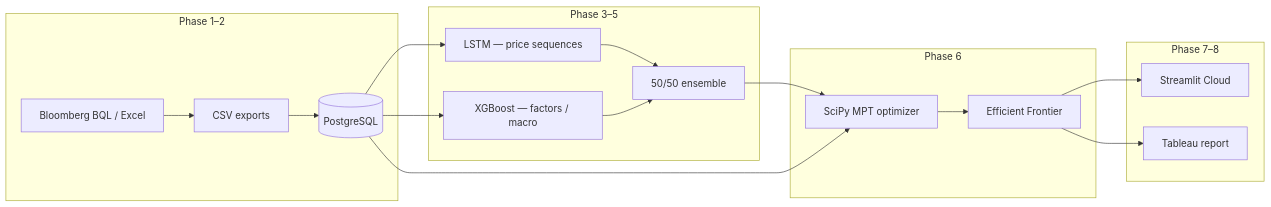
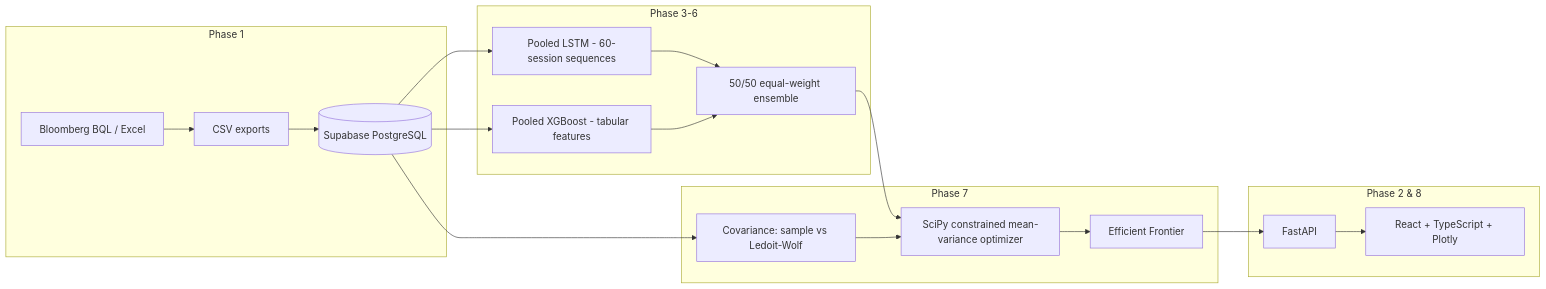
Before and after one commit to Kapil-Iyer/RiskFecta: the diagram in README.md, drawn with Mermaid. The commit also changed other lines of this file and 2 other files, not shown here.

Commit message:
Align Phase 0 repo with frozen V2 specs

````diff
--- a/README.md
+++ b/README.md
@@ -30,34 +28,36 @@
 ```mermaid
 flowchart LR
-    subgraph ingest [Phase 1–2]
+    subgraph ingest [Phase 1]
         BB[Bloomberg BQL / Excel]
         CSV[CSV exports]
-        PG[(PostgreSQL)]
+        PG[(Supabase PostgreSQL)]
         BB --> CSV --> PG
     end
 
-    subgraph ml [Phase 3–5]
-        LSTM[LSTM — price sequences]
-        XGB[XGBoost — factors / macro]
-        ENS[50/50 ensemble]
+    subgraph ml [Phase 3-6]
+        LSTM[Pooled LSTM - 60-session sequences]
+        XGB[Pooled XGBoost - tabular features]
+        ENS[50/50 equal-weight ensemble]
         LSTM --> ENS
         XGB --> ENS
     end
 
-    subgraph opt [Phase 6]
-        MPT[SciPy MPT optimizer]
+    subgraph opt [Phase 7]
+        COV[Covariance: sample vs Ledoit-Wolf]
+        MPT[SciPy constrained mean-variance optimizer]
         EF[Efficient Frontier]
-        ENS --> MPT --> EF
+        ENS --> MPT
+        COV --> MPT
+        MPT --> EF
     end
 
-    subgraph viz [Phase 7–8]
-        ST[Streamlit Cloud]
-        TB[Tableau report]
-        EF --> ST
-        EF --> TB
+    subgraph app [Phase 2 & 8]
+        API[FastAPI]
+        FE[React + TypeScript + Plotly]
+        EF --> API --> FE
     end
 
     PG --> LSTM
     PG --> XGB
-    PG --> MPT
+    PG --> COV
 ```
````
